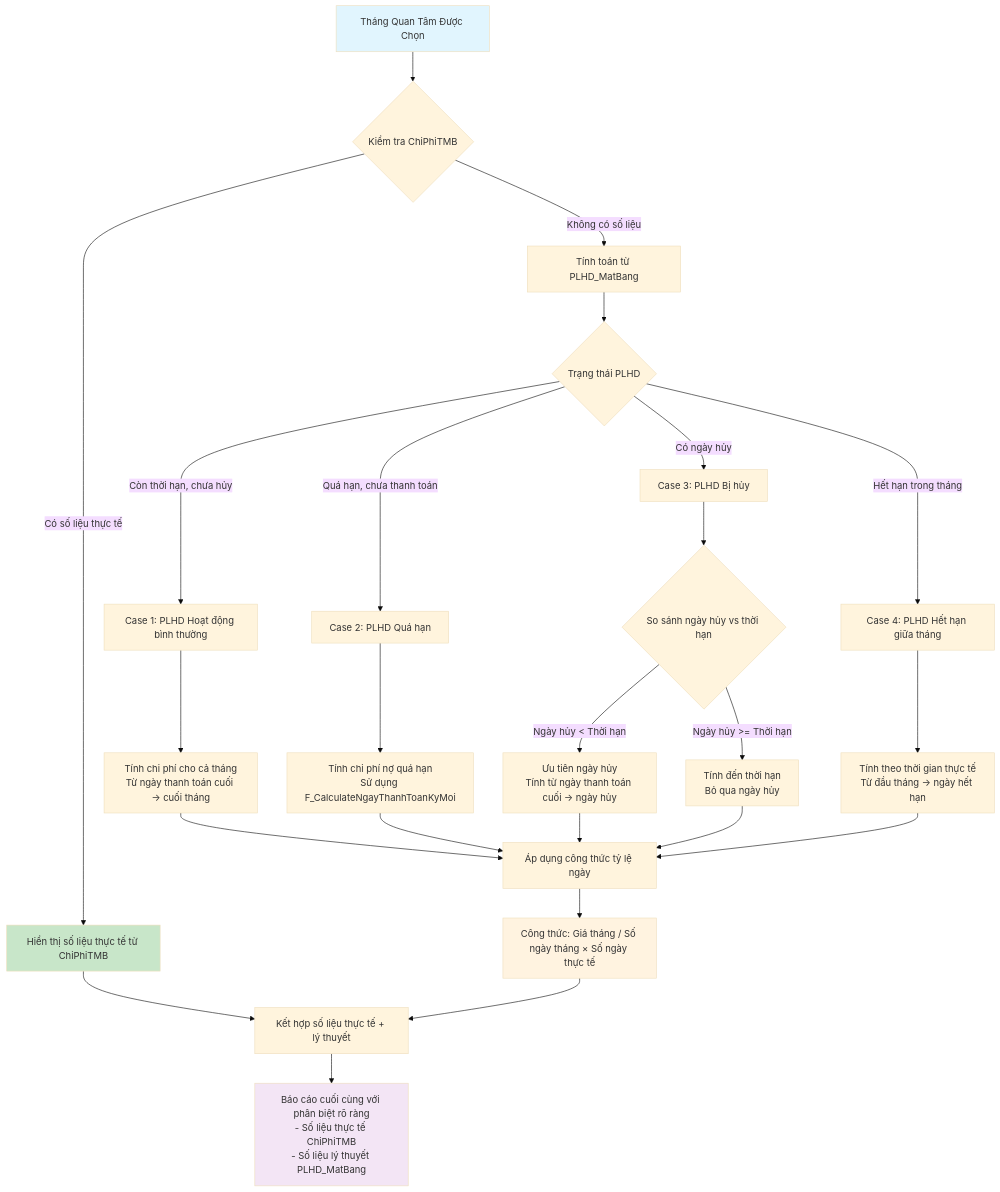
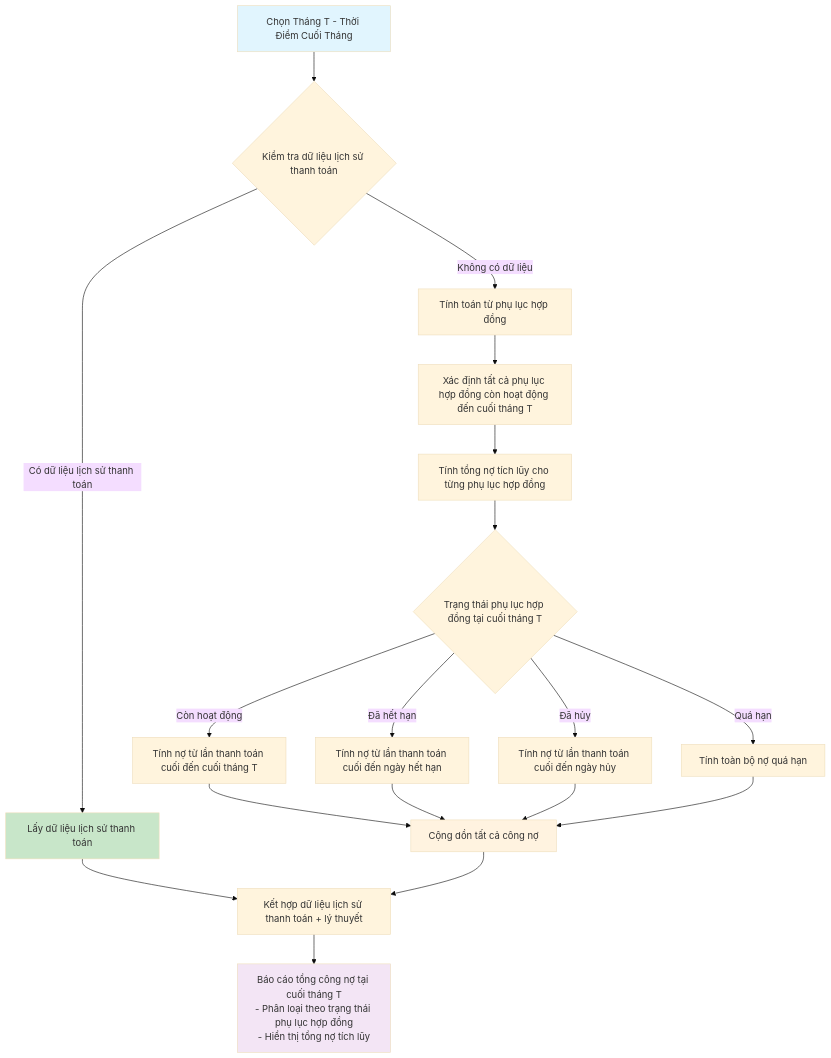
The first of 5 diagrams in description.md (gvkth/qlbts_analyze_2o2adj-), drawn with Mermaid (base theme) before and after one commit. The commit also changed other lines of this file, not shown here.

````diff
--- a/description.md
+++ b/description.md
@@ -31,42 +49,33 @@
 ```mermaid
 graph TD
-    A[Tháng Quan Tâm Được Chọn] --> B{Kiểm tra ChiPhiTMB}
+    A[Chọn Tháng T - Thời Điểm Cuối Tháng] --> B{Kiểm tra dữ liệu lịch sử thanh toán}
     
-    B -->|Có số liệu thực tế| C[Hiển thị số liệu thực tế từ ChiPhiTMB]
-    B -->|Không có số liệu| D[Tính toán từ PLHD_MatBang]
+    B -->|Có dữ liệu lịch sử thanh toán| C[Lấy dữ liệu lịch sử thanh toán]
+    B -->|Không có dữ liệu| D[Tính toán từ phụ lục hợp đồng]
     
-    D --> E{Trạng thái PLHD}
+    D --> E[Xác định tất cả phụ lục hợp đồng còn hoạt động đến cuối tháng T]
     
-    E -->|Còn thời hạn, chưa hủy| F[Case 1: PLHD Hoạt động bình thường]
-    E -->|Quá hạn, chưa thanh toán| G[Case 2: PLHD Quá hạn]
-    E -->|Có ngày hủy| H[Case 3: PLHD Bị hủy]
-    E -->|Hết hạn trong tháng| I[Case 4: PLHD Hết hạn giữa tháng]
+    E --> F[Tính tổng nợ tích lũy cho từng phụ lục hợp đồng]
     
-    F --> F1[Tính chi phí cho cả tháng<br/>Từ ngày thanh toán cuối → cuối tháng]
+    F --> G{Trạng thái phụ lục hợp đồng tại cuối tháng T}
     
-    G --> G1[Tính chi phí nợ quá hạn<br/>Sử dụng F_CalculateNgayThanhToanKyMoi]
+    G -->|Còn hoạt động| H[Tính nợ từ lần thanh toán cuối đến cuối tháng T]
+    G -->|Đã hết hạn| I[Tính nợ từ lần thanh toán cuối đến ngày hết hạn]
+    G -->|Đã hủy| J[Tính nợ từ lần thanh toán cuối đến ngày hủy]
+    G -->|Quá hạn| K[Tính toàn bộ nợ quá hạn]
     
-    H --> H1{So sánh ngày hủy vs thời hạn}
-    H1 -->|Ngày hủy < Thời hạn| H2[Ưu tiên ngày hủy<br/>Tính từ ngày thanh toán cuối → ngày hủy]
-    H1 -->|Ngày hủy >= Thời hạn| H3[Tính đến thời hạn<br/>Bỏ qua ngày hủy]
-    
-    I --> I1[Tính theo thời gian thực tế<br/>Từ đầu tháng → ngày hết hạn]
-    
-    F1 --> J[Áp dụng công thức tỷ lệ ngày]
-    G1 --> J
-    H2 --> J
-    H3 --> J
-    I1 --> J
-    
-    J --> K[Công thức: Giá tháng / Số ngày tháng × Số ngày thực tế]
-    
-    C --> L[Kết hợp số liệu thực tế + lý thuyết]
+    H --> L[Cộng dồn tất cả công nợ]
+    I --> L
+    J --> L
     K --> L
     
-    L --> M[Báo cáo cuối cùng với phân biệt rõ ràng<br/>- Số liệu thực tế ChiPhiTMB<br/>- Số liệu lý thuyết PLHD_MatBang]
+    C --> M[Kết hợp dữ liệu lịch sử thanh toán + lý thuyết]
+    L --> M
+    
+    M --> N[Báo cáo tổng công nợ tại cuối tháng T<br/>- Phân loại theo trạng thái phụ lục hợp đồng<br/>- Hiển thị tổng nợ tích lũy]
 
     style A fill:#e1f5fe
     style C fill:#c8e6c9
-    style K fill:#fff3e0
-    style M fill:#f3e5f5
+    style L fill:#fff3e0
+    style N fill:#f3e5f5
 ```
````
